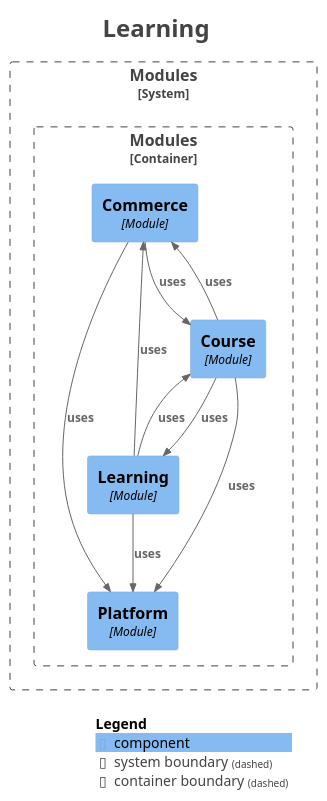
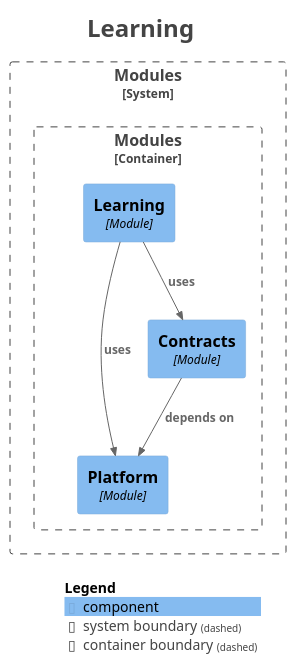
Before and after one commit to thereYany/btry: the diagram in docs/generated/modulith/module-learning.puml, drawn with PlantUML. The commit also changed 91 other files, not shown here.

First line of the commit message:
feat(p4-2): 抽取 contracts 契约模块，模块图清零循环

```diff
--- a/docs/generated/modulith/module-learning.puml
+++ b/docs/generated/modulith/module-learning.puml
@@ -1,39 +1,33 @@
 @startuml
 title <size:24>Learning</size>
 
 set separator none
 top to bottom direction
 
 <style>
   root {
     BackgroundColor: #ffffff
     FontColor: #444444
   }
 </style>
 
 !include <C4/C4>
 !include <C4/C4_Context>
 !include <C4/C4_Component>
 
 System_Boundary("Modules_boundary", "Modules", $tags="") {
   Container_Boundary("Modules.Modules_boundary", "Modules", $tags="") {
-    Component(Modules.Modules.Commerce, "Commerce", $techn="Module", $descr="", $tags="", $link="")
-    Component(Modules.Modules.Course, "Course", $techn="Module", $descr="", $tags="", $link="")
+    Component(Modules.Modules.Platform, "Platform", $techn="Module", $descr="", $tags="", $link="")
+    Component(Modules.Modules.Contracts, "Contracts", $techn="Module", $descr="", $tags="", $link="")
     Component(Modules.Modules.Learning, "Learning", $techn="Module", $descr="", $tags="", $link="")
-    Component(Modules.Modules.Platform, "Platform", $techn="Module", $descr="", $tags="", $link="")
   }
 
 }
 
-Rel(Modules.Modules.Learning, Modules.Modules.Course, "uses", $techn="", $tags="", $link="")
-Rel(Modules.Modules.Learning, Modules.Modules.Commerce, "uses", $techn="", $tags="", $link="")
+Rel(Modules.Modules.Contracts, Modules.Modules.Platform, "depends on", $techn="", $tags="", $link="")
+Rel(Modules.Modules.Learning, Modules.Modules.Contracts, "uses", $techn="", $tags="", $link="")
 Rel(Modules.Modules.Learning, Modules.Modules.Platform, "uses", $techn="", $tags="", $link="")
-Rel(Modules.Modules.Course, Modules.Modules.Commerce, "uses", $techn="", $tags="", $link="")
-Rel(Modules.Modules.Course, Modules.Modules.Learning, "uses", $techn="", $tags="", $link="")
-Rel(Modules.Modules.Course, Modules.Modules.Platform, "uses", $techn="", $tags="", $link="")
-Rel(Modules.Modules.Commerce, Modules.Modules.Course, "uses", $techn="", $tags="", $link="")
-Rel(Modules.Modules.Commerce, Modules.Modules.Platform, "uses", $techn="", $tags="", $link="")
 
 SHOW_LEGEND(true)
 hide stereotypes
 @enduml
```
